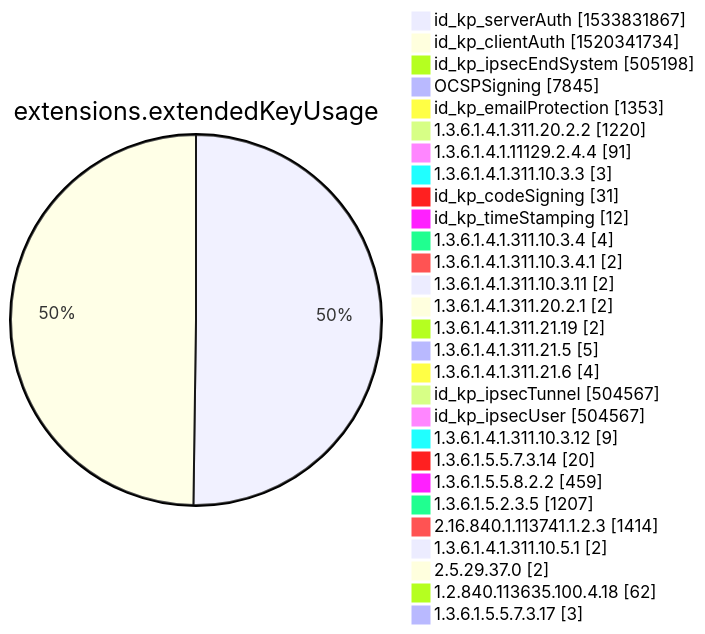
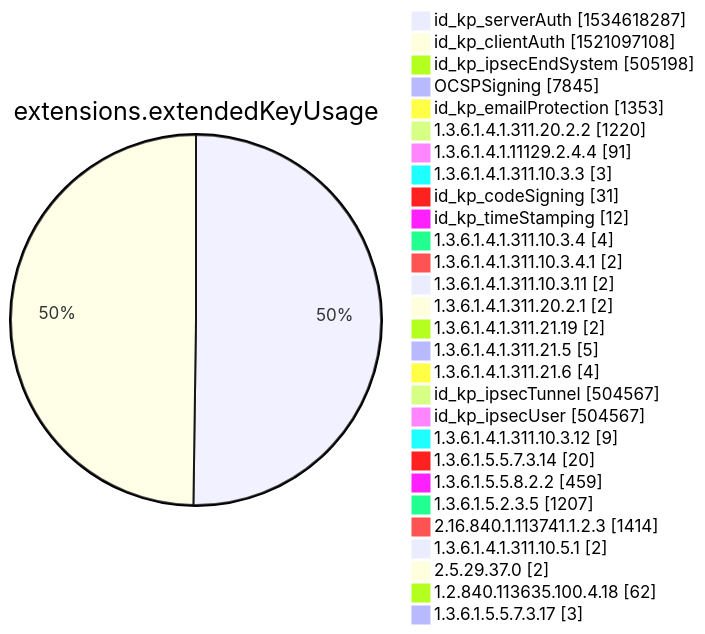
Diagram 12 of 15 in xenon2022/README.md (christiankrug/ctmonitor_visualization), drawn with Mermaid before and after one commit. The commit also changed other lines of this file, not shown here.

````diff
--- a/xenon2022/README.md
+++ b/xenon2022/README.md
@@ -3880,32 +3880,32 @@
 ```mermaid
 pie showData
 title extensions.extendedKeyUsage
-"id_kp_serverAuth" :1533831867
-"id_kp_clientAuth" :1520341734
+"id_kp_serverAuth" :1534618287
+"id_kp_clientAuth" :1521097108
 "id_kp_ipsecEndSystem" :505198
 "OCSPSigning" :7845
 "id_kp_emailProtection" :1353
 "1.3.6.1.4.1.311.20.2.2" :1220
 "1.3.6.1.4.1.11129.2.4.4" :91
 "1.3.6.1.4.1.311.10.3.3" :3
 "id_kp_codeSigning" :31
 "id_kp_timeStamping" :12
 "1.3.6.1.4.1.311.10.3.4" :4
 "1.3.6.1.4.1.311.10.3.4.1" :2
 "1.3.6.1.4.1.311.10.3.11" :2
 "1.3.6.1.4.1.311.20.2.1" :2
 "1.3.6.1.4.1.311.21.19" :2
 "1.3.6.1.4.1.311.21.5" :5
 "1.3.6.1.4.1.311.21.6" :4
 "id_kp_ipsecTunnel" :504567
 "id_kp_ipsecUser" :504567
 "1.3.6.1.4.1.311.10.3.12" :9
 "1.3.6.1.5.5.7.3.14" :20
 "1.3.6.1.5.5.8.2.2" :459
 "1.3.6.1.5.2.3.5" :1207
 "2.16.840.1.113741.1.2.3" :1414
 "1.3.6.1.4.1.311.10.5.1" :2
 "2.5.29.37.0" :2
 "1.2.840.113635.100.4.18" :62
 "1.3.6.1.5.5.7.3.17" :3
 ```
````
